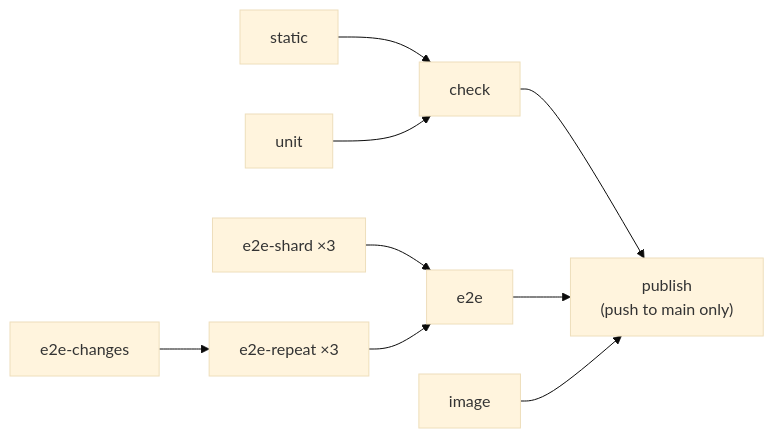
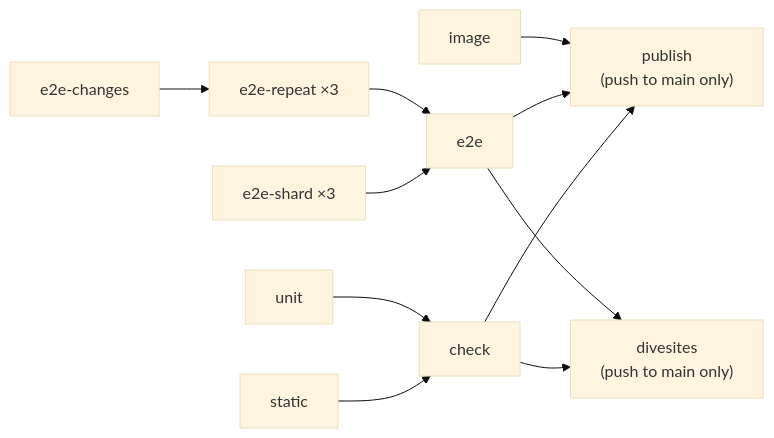
The diagram in docs/ci-cd.md (tkabalin/shylog), drawn with Mermaid (base theme) before and after one commit. The commit also changed other lines of this file and 16 other files, not shown here.

````diff
--- a/docs/ci-cd.md
+++ b/docs/ci-cd.md
@@ -9,10 +9,12 @@
 ```mermaid
 flowchart LR
   static --> check
   unit --> check
   shard["e2e-shard ×3"] --> e2e
   changes[e2e-changes] --> repeat["e2e-repeat ×3"] --> e2e
   check --> publish["publish<br>(push to main only)"]
   e2e --> publish
   image --> publish
+  check --> divesites["divesites<br>(push to main only)"]
+  e2e --> divesites
 ```
````
